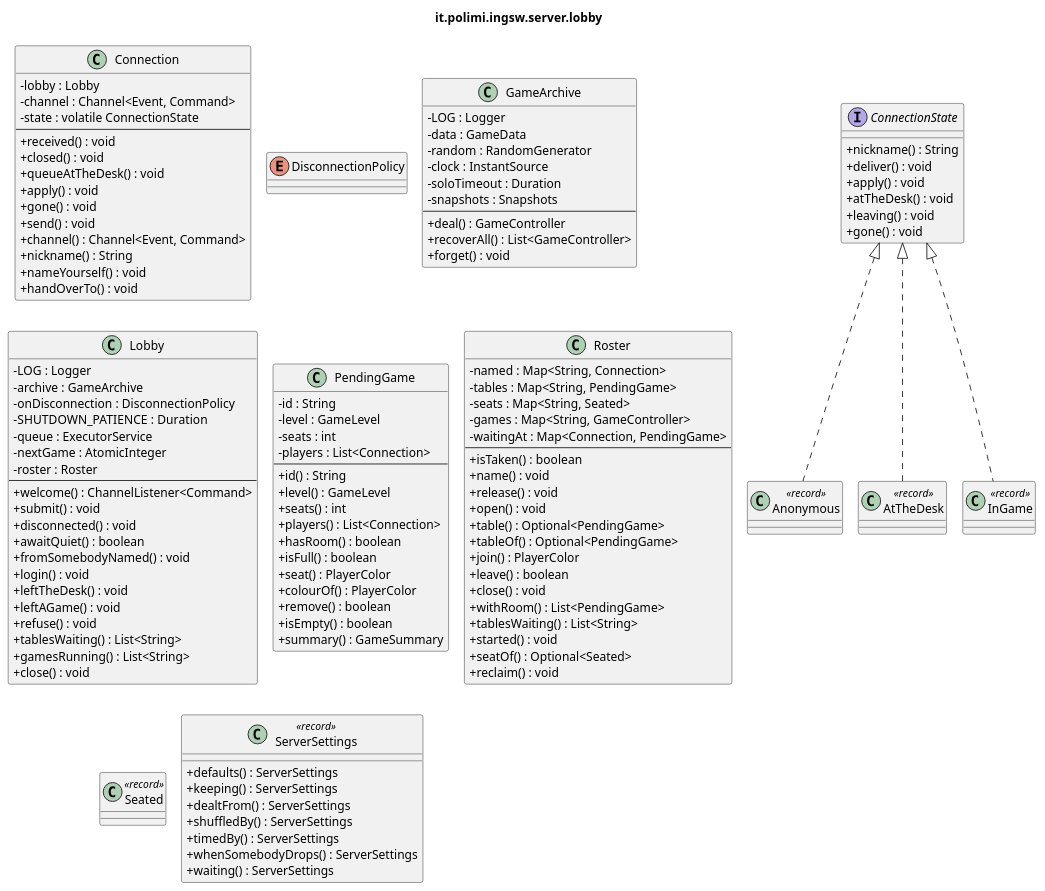
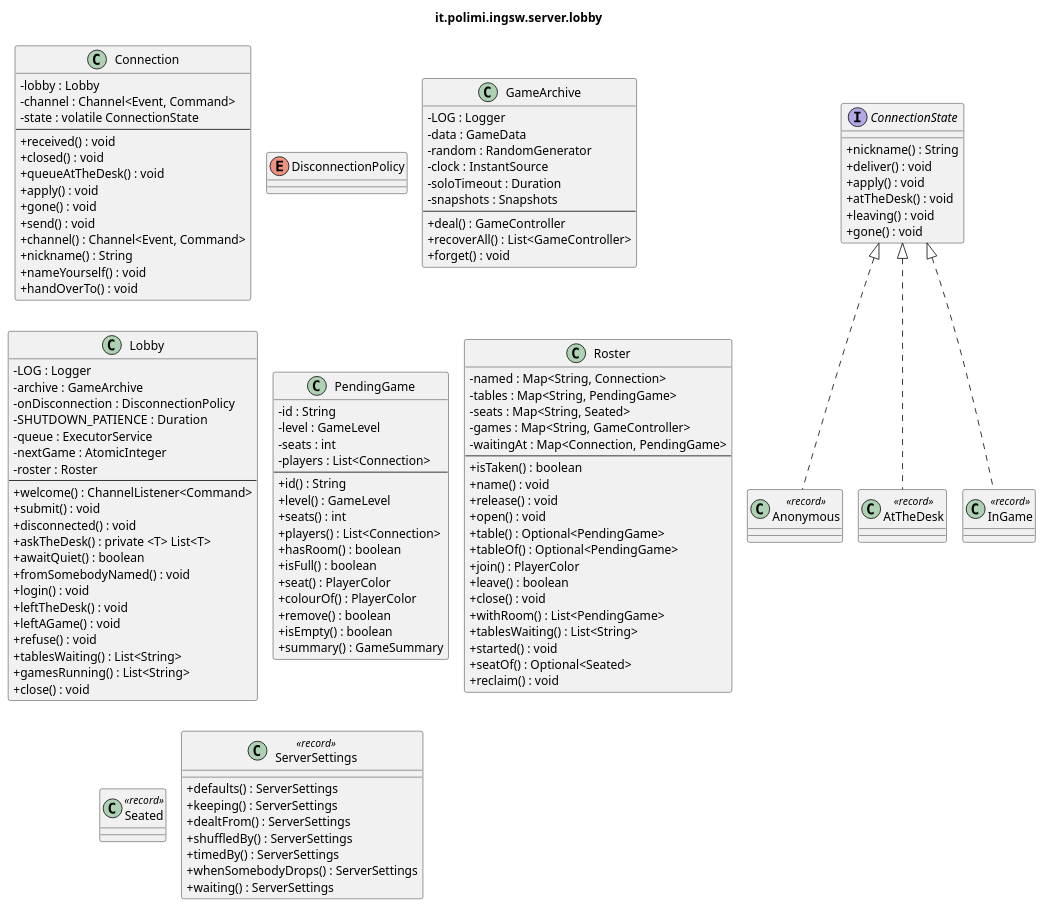
The diagram in docs/uml/detailed/server-lobby.puml (samuelesegrini/ing-sw-2025-segrini-terribile-varricchio-zanca), drawn with PlantUML before and after one commit. The commit also changed 2 other files, not shown here.

Commit message:
docs(uml): regenerate the detailed diagrams
`ClientState` gained a count and a record, `TextInterface`'s cursor changed
type. The lobby diagram was also a milestone behind — `askTheDesk` arrived in
M16 and the generator was never run.

```diff
--- a/docs/uml/detailed/server-lobby.puml
+++ b/docs/uml/detailed/server-lobby.puml
@@ -1,129 +1,130 @@
 @startuml it_polimi_ingsw_server_lobby
 ' Generated by tools/uml/generate-detailed.py. Do not edit by hand.
 !pragma layout smetana
 skinparam shadowing false
 skinparam classAttributeIconSize 0
 title it.polimi.ingsw.server.lobby
 
 class Connection {
   -lobby : Lobby
   -channel : Channel<Event, Command>
   -state : volatile ConnectionState
   --
   +received() : void
   +closed() : void
   +queueAtTheDesk() : void
   +apply() : void
   +gone() : void
   +send() : void
   +channel() : Channel<Event, Command>
   +nickname() : String
   +nameYourself() : void
   +handOverTo() : void
 }
 interface ConnectionState {
   +nickname() : String
   +deliver() : void
   +apply() : void
   +atTheDesk() : void
   +leaving() : void
   +gone() : void
 }
 class Anonymous <<record>> {
 }
 class AtTheDesk <<record>> {
 }
 class InGame <<record>> {
 }
 enum DisconnectionPolicy {
 }
 class GameArchive {
   -LOG : Logger
   -data : GameData
   -random : RandomGenerator
   -clock : InstantSource
   -soloTimeout : Duration
   -snapshots : Snapshots
   --
   +deal() : GameController
   +recoverAll() : List<GameController>
   +forget() : void
 }
 class Lobby {
   -LOG : Logger
   -archive : GameArchive
   -onDisconnection : DisconnectionPolicy
   -SHUTDOWN_PATIENCE : Duration
   -queue : ExecutorService
   -nextGame : AtomicInteger
   -roster : Roster
   --
   +welcome() : ChannelListener<Command>
   +submit() : void
   +disconnected() : void
+  +askTheDesk() : private <T> List<T>
   +awaitQuiet() : boolean
   +fromSomebodyNamed() : void
   +login() : void
   +leftTheDesk() : void
   +leftAGame() : void
   +refuse() : void
   +tablesWaiting() : List<String>
   +gamesRunning() : List<String>
   +close() : void
 }
 class PendingGame {
   -id : String
   -level : GameLevel
   -seats : int
   -players : List<Connection>
   --
   +id() : String
   +level() : GameLevel
   +seats() : int
   +players() : List<Connection>
   +hasRoom() : boolean
   +isFull() : boolean
   +seat() : PlayerColor
   +colourOf() : PlayerColor
   +remove() : boolean
   +isEmpty() : boolean
   +summary() : GameSummary
 }
 class Roster {
   -named : Map<String, Connection>
   -tables : Map<String, PendingGame>
   -seats : Map<String, Seated>
   -games : Map<String, GameController>
   -waitingAt : Map<Connection, PendingGame>
   --
   +isTaken() : boolean
   +name() : void
   +release() : void
   +open() : void
   +table() : Optional<PendingGame>
   +tableOf() : Optional<PendingGame>
   +join() : PlayerColor
   +leave() : boolean
   +close() : void
   +withRoom() : List<PendingGame>
   +tablesWaiting() : List<String>
   +started() : void
   +seatOf() : Optional<Seated>
   +reclaim() : void
 }
 class Seated <<record>> {
 }
 class ServerSettings <<record>> {
   +defaults() : ServerSettings
   +keeping() : ServerSettings
   +dealtFrom() : ServerSettings
   +shuffledBy() : ServerSettings
   +timedBy() : ServerSettings
   +whenSomebodyDrops() : ServerSettings
   +waiting() : ServerSettings
 }
 
 ConnectionState <|.. Anonymous
 ConnectionState <|.. AtTheDesk
 ConnectionState <|.. InGame
 @enduml
```
